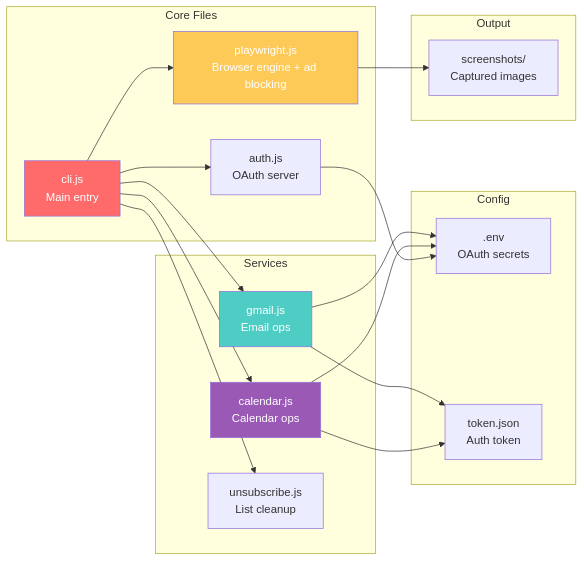
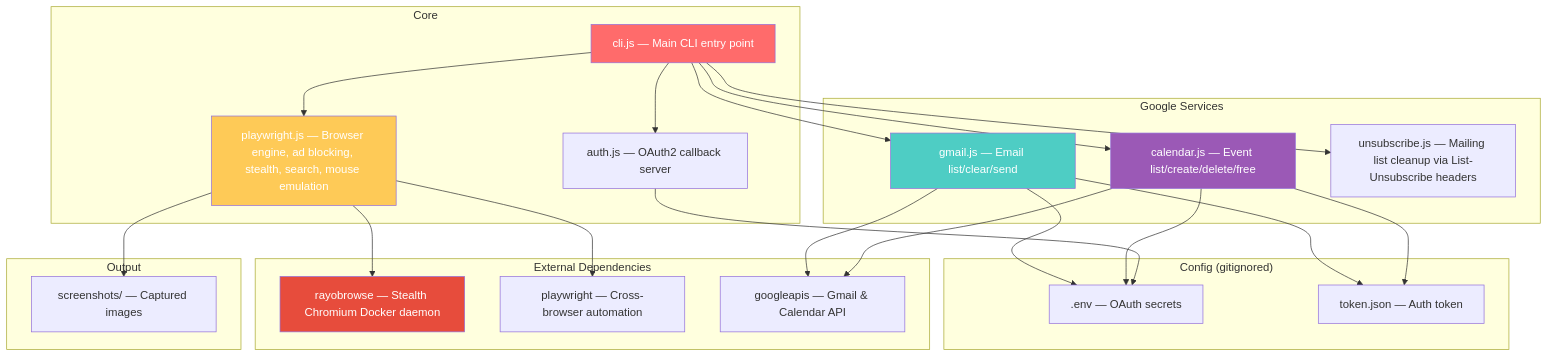
The sixth of 7 diagrams in README.md (marceli1404/system-automation), drawn with Mermaid before and after one commit. The commit also changed other lines of this file and 2 other files, not shown here.

Commit message:
Add site search with data extraction, redo Mermaid diagrams, add resource links

````diff
--- a/README.md
+++ b/README.md
@@ -370,40 +414,51 @@
 ```mermaid
-graph LR
-    subgraph Config["Config"]
-        ENV[.env<br/>OAuth secrets]
-        TOKEN[token.json<br/>Auth token]
+graph TD
+    subgraph Config["Config (gitignored)"]
+        ENV[".env — OAuth secrets"]
+        TOKEN["token.json — Auth token"]
     end
 
-    subgraph Core["Core Files"]
-        CLI[cli.js<br/>Main entry]
-        PW[playwright.js<br/>Browser engine + ad blocking]
-        AUTH[auth.js<br/>OAuth server]
+    subgraph Core["Core"]
+        CLI["cli.js — Main CLI entry point"]
+        PW["playwright.js — Browser engine, ad blocking, stealth, search, mouse emulation"]
+        AUTH["auth.js — OAuth2 callback server"]
     end
 
-    subgraph Services["Services"]
-        GMAIL[gmail.js<br/>Email ops]
-        CAL[calendar.js<br/>Calendar ops]
-        UNSUB[unsubscribe.js<br/>List cleanup]
+    subgraph Services["Google Services"]
+        GMAIL["gmail.js — Email list/clear/send"]
+        CAL["calendar.js — Event list/create/delete/free"]
+        UNSUB["unsubscribe.js — Mailing list cleanup via List-Unsubscribe headers"]
+    end
+
+    subgraph External["External Dependencies"]
+        RAYO["rayobrowse — Stealth Chromium Docker daemon"]
+        PW_LIB["playwright — Cross-browser automation"]
+        GAPI["googleapis — Gmail & Calendar API"]
     end
 
     subgraph Output["Output"]
-        SS[screenshots/<br/>Captured images]
+        SS["screenshots/ — Captured images"]
     end
 
     CLI --> PW
     CLI --> GMAIL
     CLI --> CAL
     CLI --> UNSUB
     CLI --> AUTH
     PW --> SS
+    PW --> RAYO
+    PW --> PW_LIB
     GMAIL --> ENV
     GMAIL --> TOKEN
+    GMAIL --> GAPI
     CAL --> ENV
     CAL --> TOKEN
+    CAL --> GAPI
     AUTH --> ENV
 
     style CLI fill:#ff6b6b,color:white
     style PW fill:#feca57,color:white
     style GMAIL fill:#4ecdc4,color:white
     style CAL fill:#9b59b6,color:white
+    style RAYO fill:#e74c3c,color:white
 ```
````
